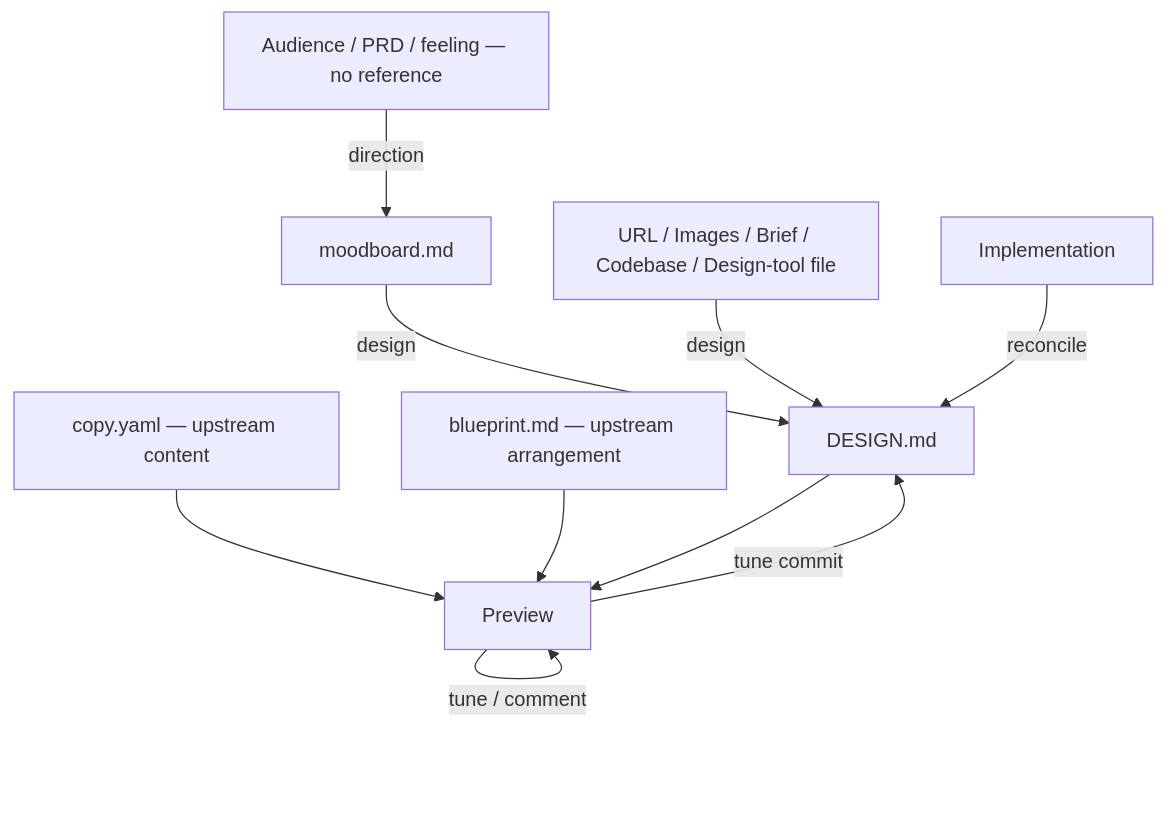
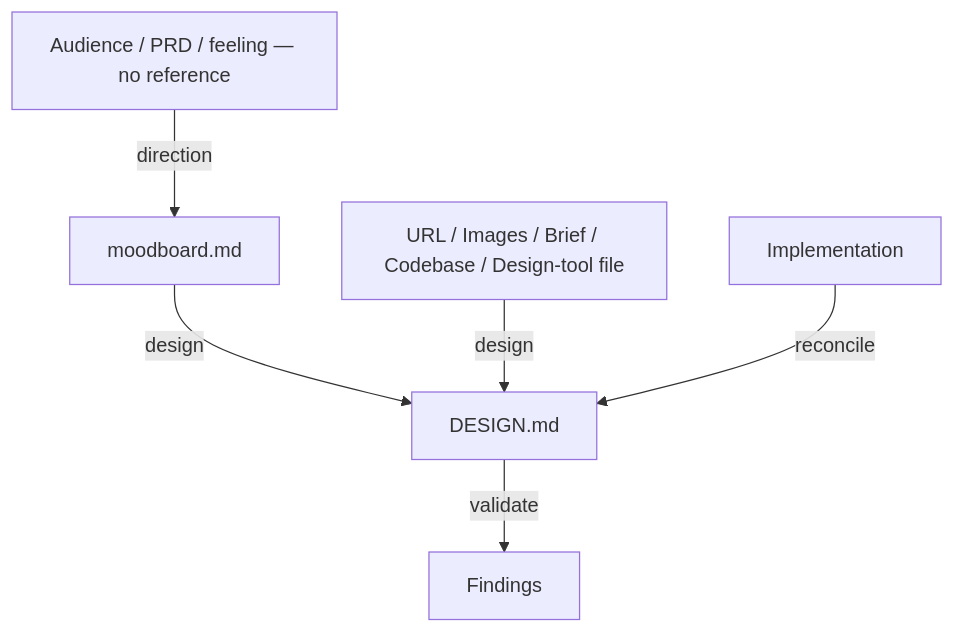
The diagram in skills/product/design-builder/README.md (adeonir/agent-skills), drawn with Mermaid before and after one commit. The commit also changed other lines of this file and 11 other files, not shown here.

````diff
--- a/skills/product/design-builder/README.md
+++ b/skills/product/design-builder/README.md
@@ -7,12 +7,8 @@
 ```mermaid
 flowchart TD
     Brief[Audience / PRD / feeling — no reference] -->|direction| MB[moodboard.md]
     MB -->|design| B2[DESIGN.md]
     A[URL / Images / Brief / Codebase / Design-tool file] -->|design| B2
-    Copy[copy.yaml — upstream content] --> D[Preview]
-    Blueprint[blueprint.md — upstream arrangement] --> D
-    B2 --> D
-    D -->|tune / comment| D
-    D -->|tune commit| B2
+    B2 -->|validate| V[Findings]
     Impl[Implementation] -->|reconcile| B2
 ```
````
